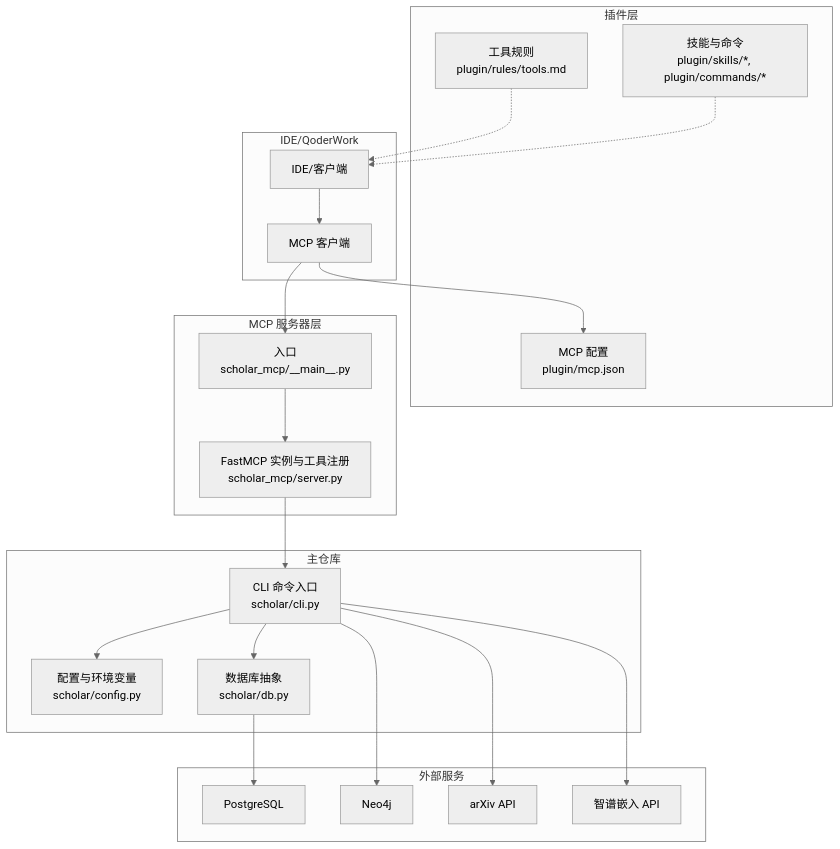
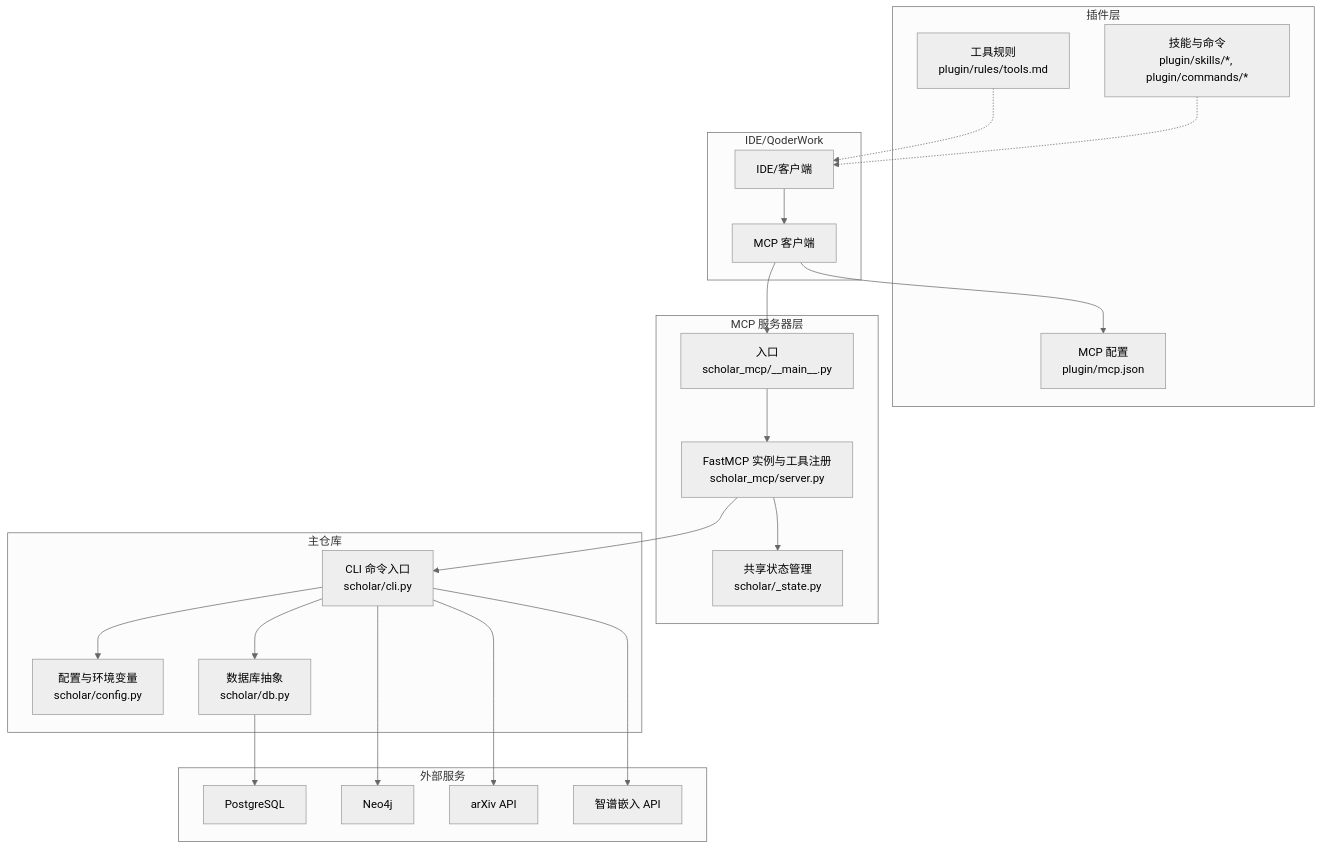
Before and after one commit to 1173591564/academic-based-qoder: the first of 5 diagrams in .qoder/repowiki/zh/content/API参考文档/MCP工具API.md, drawn with Mermaid (neutral theme). The commit also changed other lines of this file and 80 other files, not shown here.

````diff
--- a/.qoder/repowiki/zh/content/API参考文档/MCP工具API.md
+++ b/.qoder/repowiki/zh/content/API参考文档/MCP工具API.md
@@ -49,40 +52,42 @@
 ```mermaid
 graph TB
 subgraph "IDE/QoderWork"
 IDE["IDE/客户端"]
 MCPClient["MCP 客户端"]
 end
 subgraph "插件层"
 MCPConfig["MCP 配置<br/>plugin/mcp.json"]
 Rules["工具规则<br/>plugin/rules/tools.md"]
 Skills["技能与命令<br/>plugin/skills/*, plugin/commands/*"]
 end
 subgraph "MCP 服务器层"
 MCPMain["入口<br/>scholar_mcp/__main__.py"]
 MCPServer["FastMCP 实例与工具注册<br/>scholar_mcp/server.py"]
+SharedState["共享状态管理<br/>scholar/_state.py"]
 end
 subgraph "主仓库"
 CLI["CLI 命令入口<br/>scholar/cli.py"]
 Config["配置与环境变量<br/>scholar/config.py"]
 DB["数据库抽象<br/>scholar/db.py"]
 end
 subgraph "外部服务"
 PG["PostgreSQL"]
 Neo4j["Neo4j"]
 Arxiv["arXiv API"]
 Zhipu["智谱嵌入 API"]
 end
 IDE --> MCPClient
 MCPClient --> MCPConfig
 MCPClient --> MCPMain
 MCPMain --> MCPServer
+MCPServer --> SharedState
 MCPServer --> CLI
 CLI --> Config
 CLI --> DB
 DB --> PG
 CLI --> Neo4j
 CLI --> Arxiv
 CLI --> Zhipu
 Rules -.-> IDE
 Skills -.-> IDE
 ```
````
